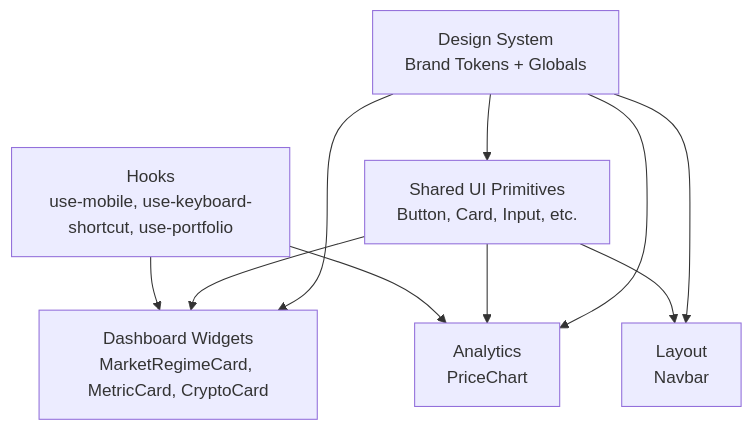
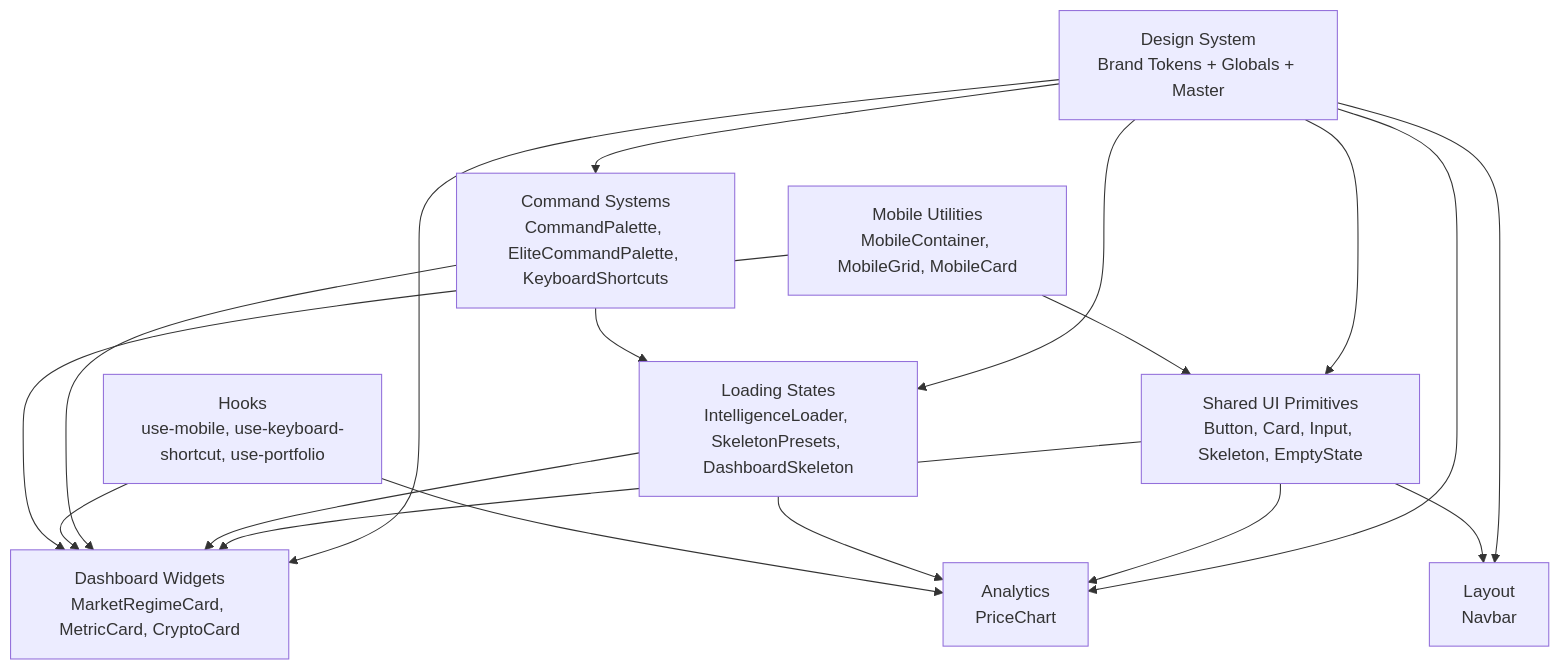
Before and after one commit to ecryptoguru/lyraalpha: the second of 3 diagrams in .qoder/repowiki/en/content/UI Components/UI Components.md, drawn with Mermaid. The commit also changed other lines of this file and 95 other files, not shown here.

````diff
--- a/.qoder/repowiki/en/content/UI Components/UI Components.md
+++ b/.qoder/repowiki/en/content/UI Components/UI Components.md
@@ -220,18 +233,29 @@
 ```mermaid
 graph TB
-DS["Design System<br/>Brand Tokens + Globals"]
-SH["Shared UI Primitives<br/>Button, Card, Input, etc."]
+DS["Design System<br/>Brand Tokens + Globals + Master"]
+SH["Shared UI Primitives<br/>Button, Card, Input, Skeleton, EmptyState"]
+LS["Loading States<br/>IntelligenceLoader, SkeletonPresets, DashboardSkeleton"]
+CS["Command Systems<br/>CommandPalette, EliteCommandPalette, KeyboardShortcuts"]
 DB["Dashboard Widgets<br/>MarketRegimeCard, MetricCard, CryptoCard"]
 AN["Analytics<br/>PriceChart"]
 LY["Layout<br/>Navbar"]
 HK["Hooks<br/>use-mobile, use-keyboard-shortcut, use-portfolio"]
+MOBILE["Mobile Utilities<br/>MobileContainer, MobileGrid, MobileCard"]
 DS --> SH
+DS --> LS
+DS --> CS
 DS --> DB
 DS --> AN
 DS --> LY
 SH --> DB
 SH --> AN
 SH --> LY
+LS --> DB
+LS --> AN
+CS --> DB
+CS --> LS
 HK --> DB
 HK --> AN
+MOBILE --> SH
+MOBILE --> DB
 ```
````
